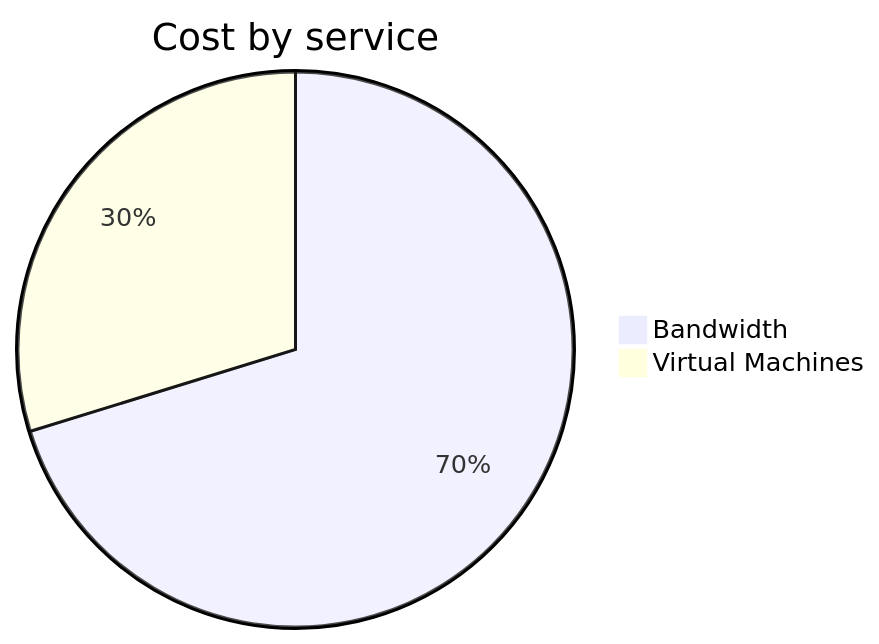
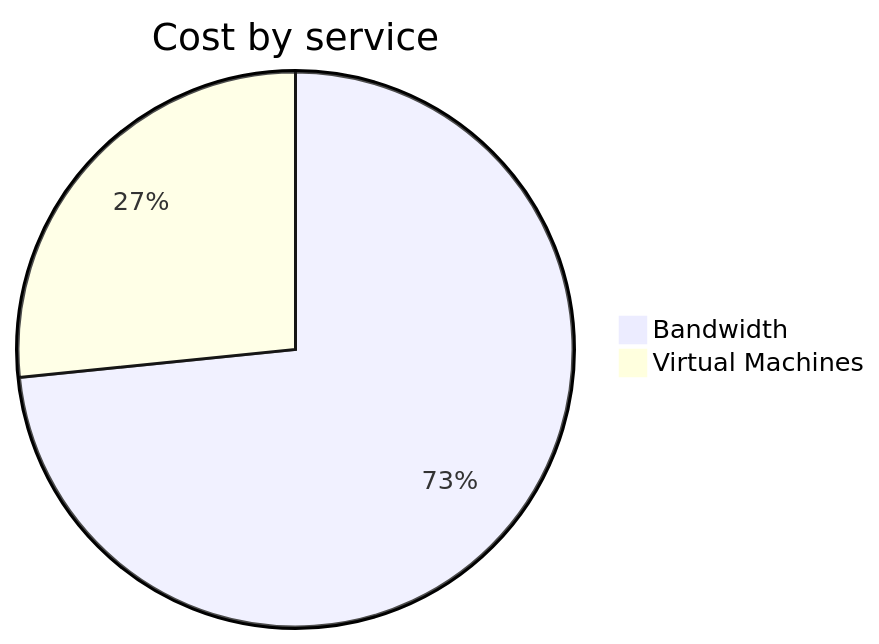
One commit to jpfulton/azure-personal-reports changed the second of 4 diagrams in cost-reports/personal-network/vpn-server.md. Above: the diagram before and after it, drawn with Mermaid. The commit also changed other lines of this file and 8 other files, not shown here.

````diff
--- a/cost-reports/personal-network/vpn-server.md
+++ b/cost-reports/personal-network/vpn-server.md
@@ -92,6 +92,6 @@
 ```mermaid
 pie
    title Cost by service
-   "Bandwidth" : 10.03
-   "Virtual Machines" : 4.25
+   "Bandwidth" : 12.22
+   "Virtual Machines" : 4.43
 ```
````
